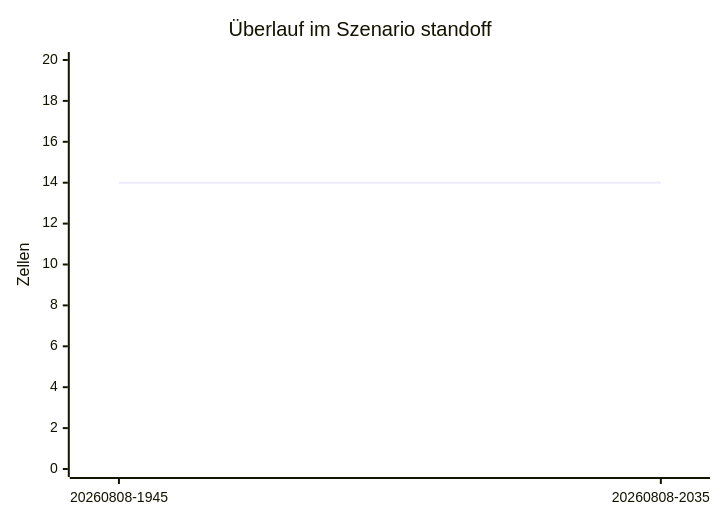
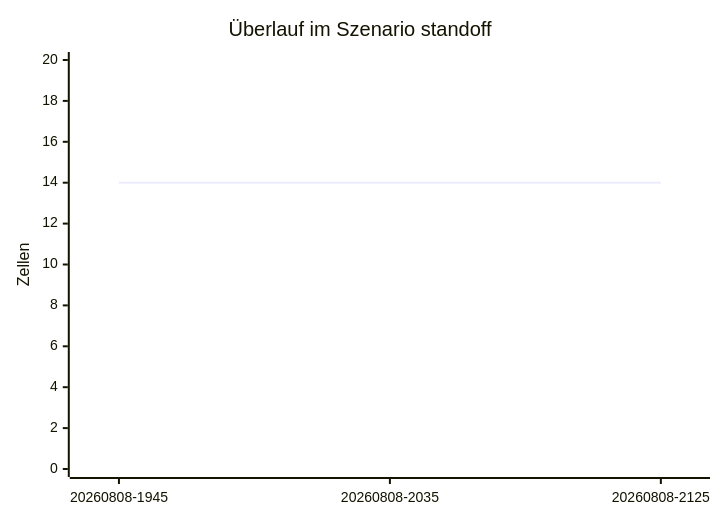
Before and after one commit to arn-c0de/Project_Nova: the third of 3 diagrams in tools/Nova.AiLab/reports/README.md, drawn with Mermaid. The commit also changed other lines of this file and 27 other files, not shown here.

````diff
--- a/tools/Nova.AiLab/reports/README.md
+++ b/tools/Nova.AiLab/reports/README.md
@@ -65,7 +67,7 @@
 ```mermaid
 xychart-beta
     title "Überlauf im Szenario standoff"
-    x-axis ["20260808-1945", "20260808-2035"]
+    x-axis ["20260808-1945", "20260808-2035", "20260808-2125"]
     y-axis "Zellen" 0 --> 20
-    line [14, 14]
+    line [14, 14, 14]
 ```
````
